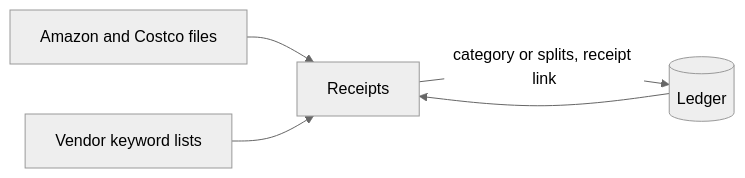
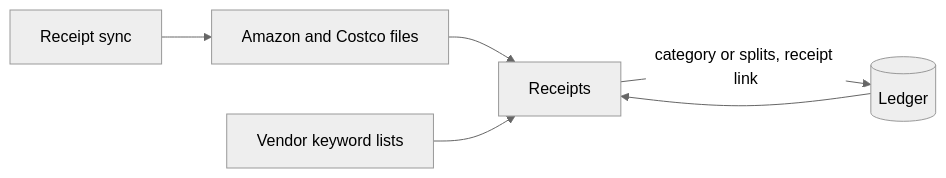
The first of 2 diagrams in docs/architecture/receipts.md (spinningyoyo/omsync), drawn with Mermaid (neutral theme) before and after one commit. The commit also changed other lines of this file and 78 other files, not shown here.

First line of the commit message:
refactor: share provider rules and sync, list receipt vendors, read Amazon only from synced orders

````diff
--- a/docs/architecture/receipts.md
+++ b/docs/architecture/receipts.md
@@ -10,7 +10,8 @@
 ```mermaid
 flowchart LR
-    Files[Amazon and Costco files] --> Receipts
+    Sync[Receipt sync] --> Files[Amazon and Costco files]
+    Files --> Receipts
     Keywords[Vendor keyword lists] --> Receipts
     Ledger[(Ledger)] --> Receipts
     Receipts -->|category or splits, receipt link| Ledger
 ```
````
